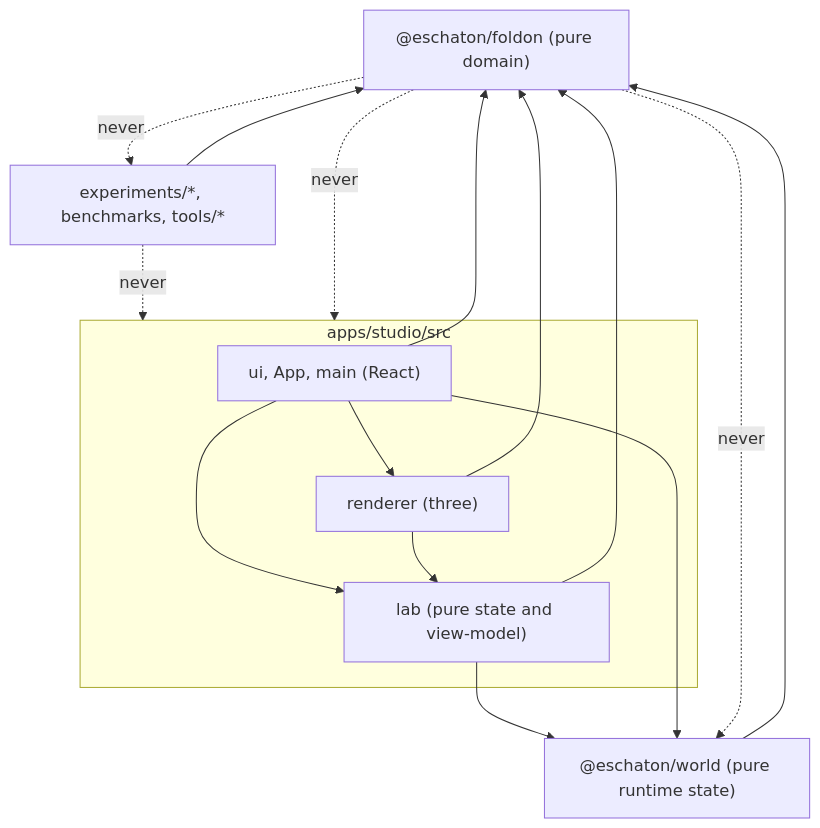
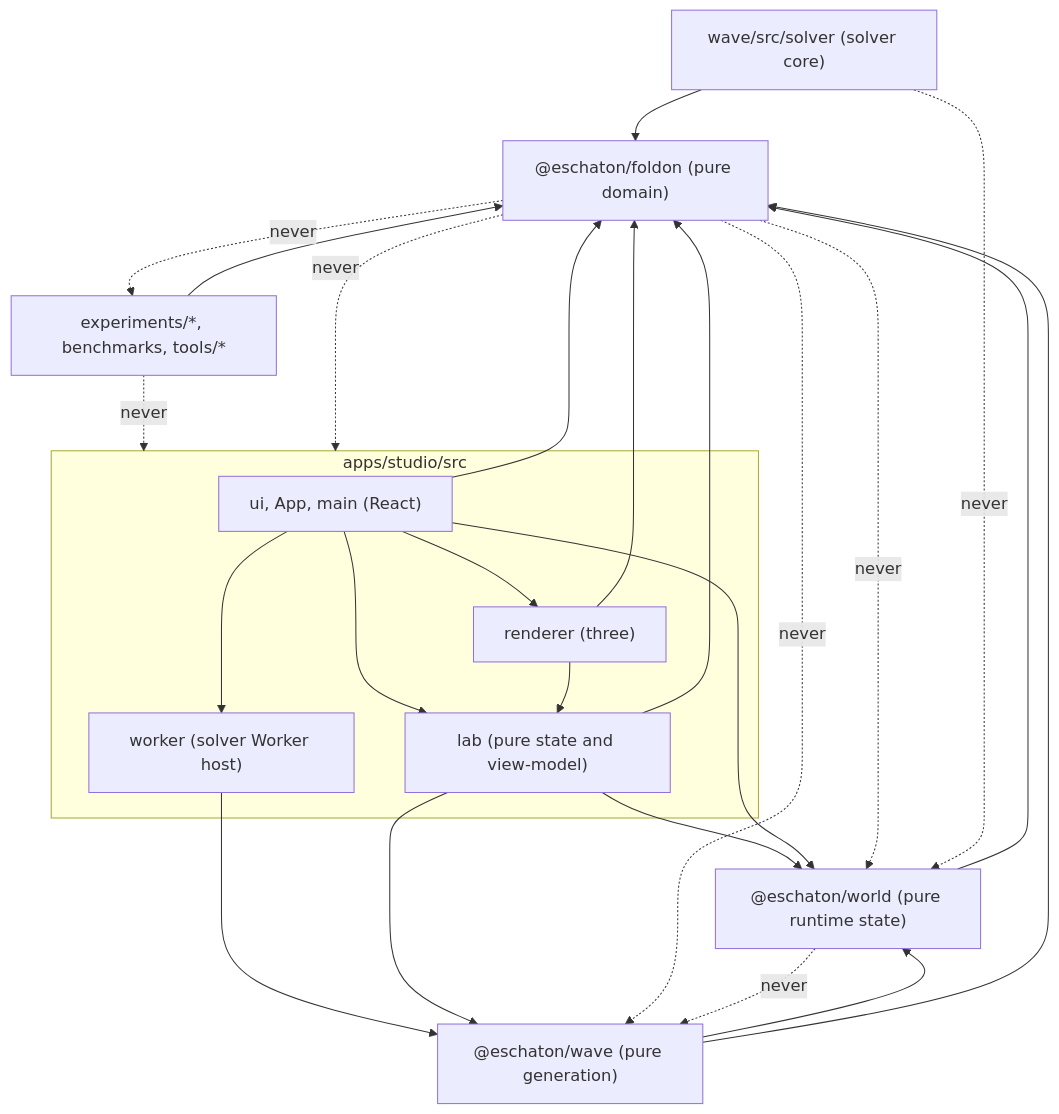
One commit to cuongtranba/eschaton changed the first of 3 diagrams in docs/architecture/overview.md. Above: the diagram before and after it, drawn with Mermaid. The commit also changed other lines of this file and 23 other files, not shown here.

````diff
--- a/docs/architecture/overview.md
+++ b/docs/architecture/overview.md
@@ -36,25 +36,37 @@
 ```mermaid
 flowchart TD
   F["@eschaton/foldon (pure domain)"]
   W["@eschaton/world (pure runtime state)"]
+  V["@eschaton/wave (pure generation)"]
+  SOL["wave/src/solver (solver core)"]
   subgraph STUDIO["apps/studio/src"]
     UI["ui, App, main (React)"]
     R["renderer (three)"]
     L["lab (pure state and view-model)"]
+    WK["worker (solver Worker host)"]
   end
   X["experiments/*, benchmarks, tools/*"]
   UI --> R
   UI --> L
+  UI --> WK
   R --> L
+  WK --> V
+  L --> V
   UI --> F
   R --> F
   L --> F
   L --> W
   UI --> W
   X --> F
   W --> F
+  V --> W
+  V --> F
+  SOL --> F
   F -. "never" .-> W
+  F -. "never" .-> V
+  W -. "never" .-> V
+  SOL -. "never" .-> W
   X -. "never" .-> STUDIO
   F -. "never" .-> STUDIO
   F -. "never" .-> X
 ```
````
